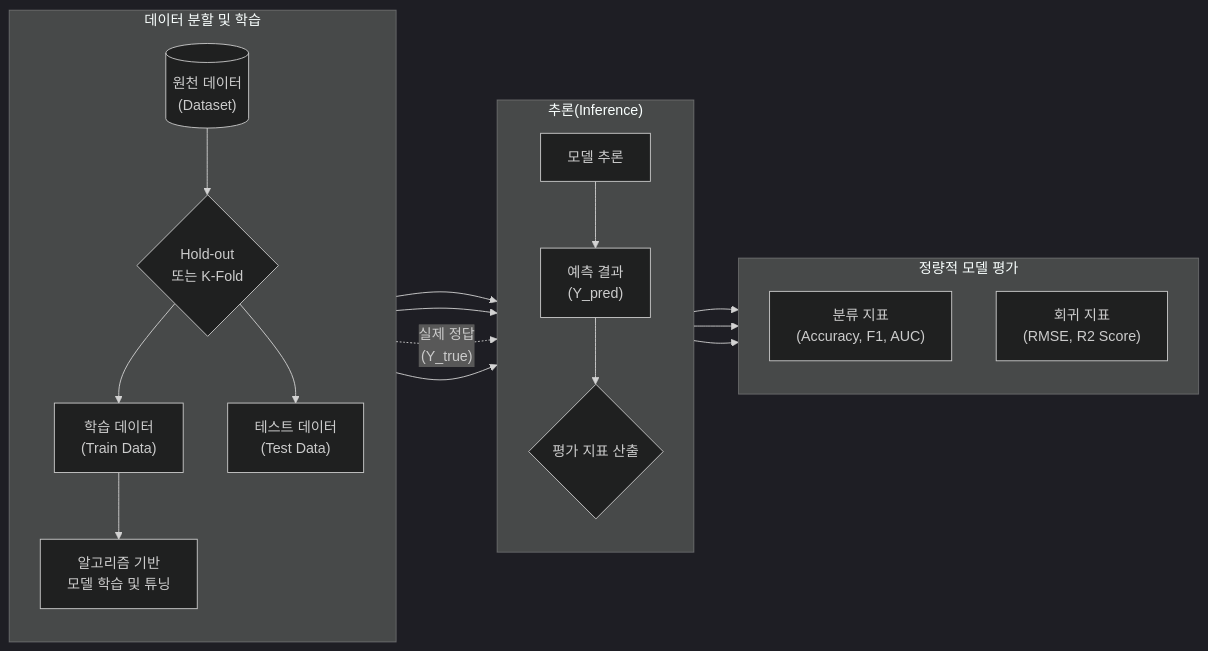
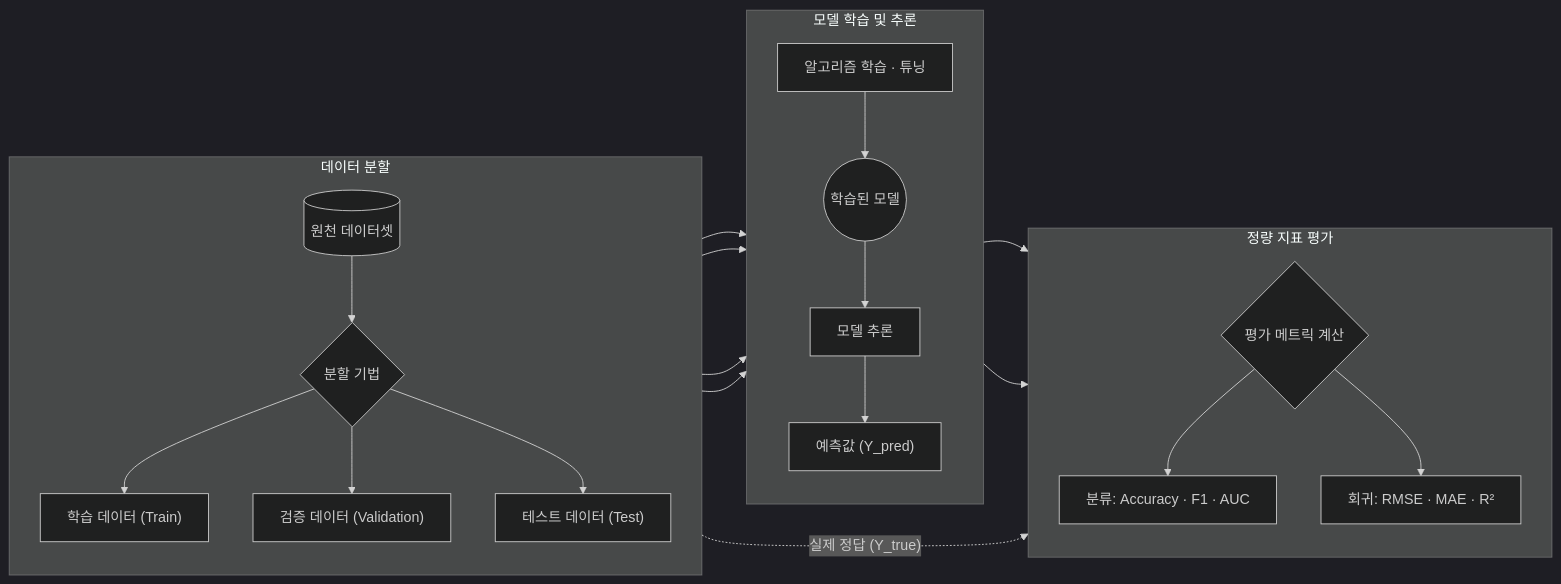
One commit to supremethumb/supremethumb.github.io changed the diagram in content/01_IT Tech/분석 모델 평가 방법.md. Above: the diagram before and after it, drawn with Mermaid (dark theme). The commit also changed other lines of this file and 362 other files, not shown here.

````diff
--- a/content/01_IT Tech/분석 모델 평가 방법.md
+++ b/content/01_IT Tech/분석 모델 평가 방법.md
@@ -29,29 +36,30 @@
 ```mermaid
 flowchart LR
-    subgraph Data_Split ["데이터 분할 및 학습"]
+    subgraph Split ["데이터 분할"]
         direction TB
-        RawData[("원천 데이터\n(Dataset)")] --> Split{Hold-out\n또는 K-Fold}
-        Split --> Train["학습 데이터\n(Train Data)"]
-        Split --> Test["테스트 데이터\n(Test Data)"]
-        Train --> ModelP["알고리즘 기반\n모델 학습 및 튜닝"]
+        Raw[("원천 데이터셋")] --> S{분할 기법}
+        S --> Train["학습 데이터 (Train)"]
+        S --> Valid["검증 데이터 (Validation)"]
+        S --> Test["테스트 데이터 (Test)"]
     end
 
-    subgraph Prediction ["추론(Inference)"]
+    subgraph Train_Eval ["모델 학습 및 추론"]
         direction TB
-        Test --> Inference["모델 추론"]
-        ModelP --> Inference
-        Inference --> Pred["예측 결과\n(Y_pred)"]
-        Test -. "실제 정답\n(Y_true)" .-> Eval
+        Train --> Learn["알고리즘 학습 · 튜닝"]
+        Learn --> Model(("학습된 모델"))
+        Valid & Test --> Infer["모델 추론"]
+        Model --> Infer
+        Infer --> Pred["예측값 (Y_pred)"]
     end
 
-    subgraph Evaluation ["정량적 모델 평가"]
+    subgraph Metrics ["정량 지표 평가"]
         direction TB
-        Eval{"평가 지표 산출"}
-        Eval --> Class["분류 지표\n(Accuracy, F1, AUC)"]
-        Eval --> Reg["회귀 지표\n(RMSE, R2 Score)"]
+        Eval{"평가 메트릭 계산"}
         Pred --> Eval
+        Test -. "실제 정답 (Y_true)" .-> Eval
+        Eval --> C_Out["분류: Accuracy · F1 · AUC"]
+        Eval --> R_Out["회귀: RMSE · MAE · R²"]
     end
 
-    Data_Split --> Prediction --> Evaluation
-
+    Split --> Train_Eval --> Metrics
 ```
````
